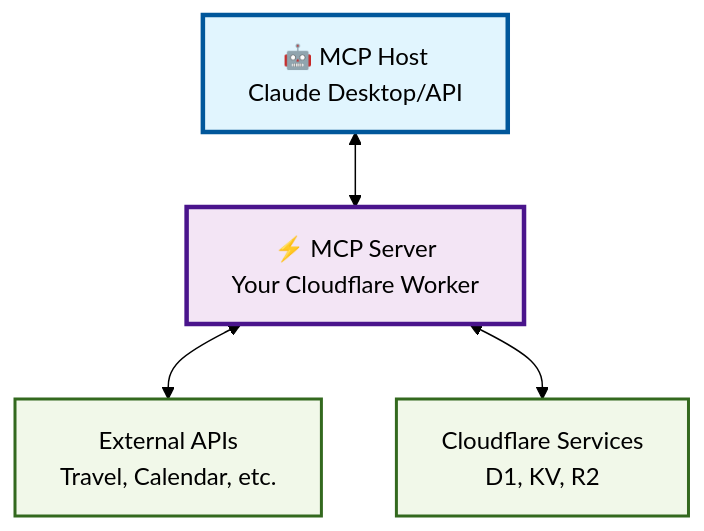
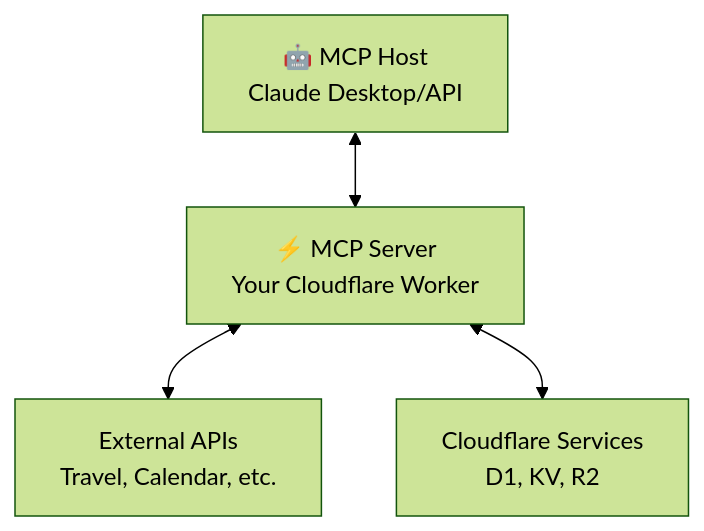
One commit to lauragift21/mcp-server-workshop changed the diagram in instructions/mcp-fundamentals.md. Above: the diagram before and after it, drawn with Mermaid (forest theme). The commit also changed other lines of this file, not shown here.

````diff
--- a/instructions/mcp-fundamentals.md
+++ b/instructions/mcp-fundamentals.md
@@ -16,19 +14,11 @@
 ```mermaid
 flowchart TD
     Claude[🤖 MCP Host<br/>Claude Desktop/API] 
     Server[⚡ MCP Server<br/>Your Cloudflare Worker]
     APIs[External APIs<br/>Travel, Calendar, etc.]
     Storage[Cloudflare Services<br/>D1, KV, R2]
     
     Claude <--> Server
     Server <--> APIs
     Server <--> Storage
-    
-    classDef mcpHost fill:#e1f5fe,stroke:#01579b,stroke-width:3px
-    classDef mcpServer fill:#f3e5f5,stroke:#4a148c,stroke-width:3px
-    classDef external fill:#f1f8e9,stroke:#33691e,stroke-width:2px
-    
-    class Claude mcpHost
-    class Server mcpServer
-    class APIs,Storage external
 ```
````
